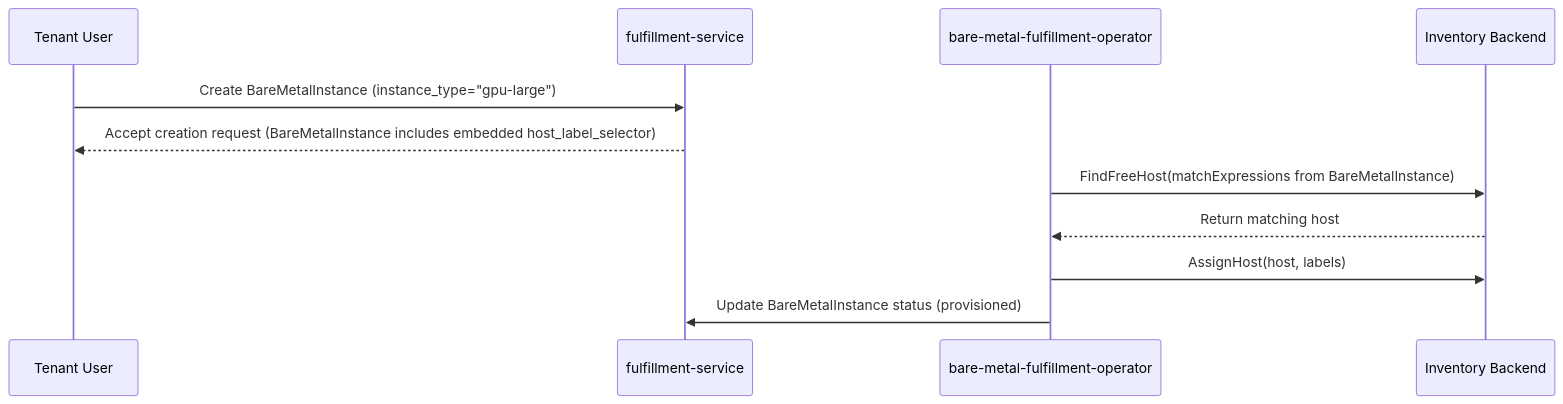
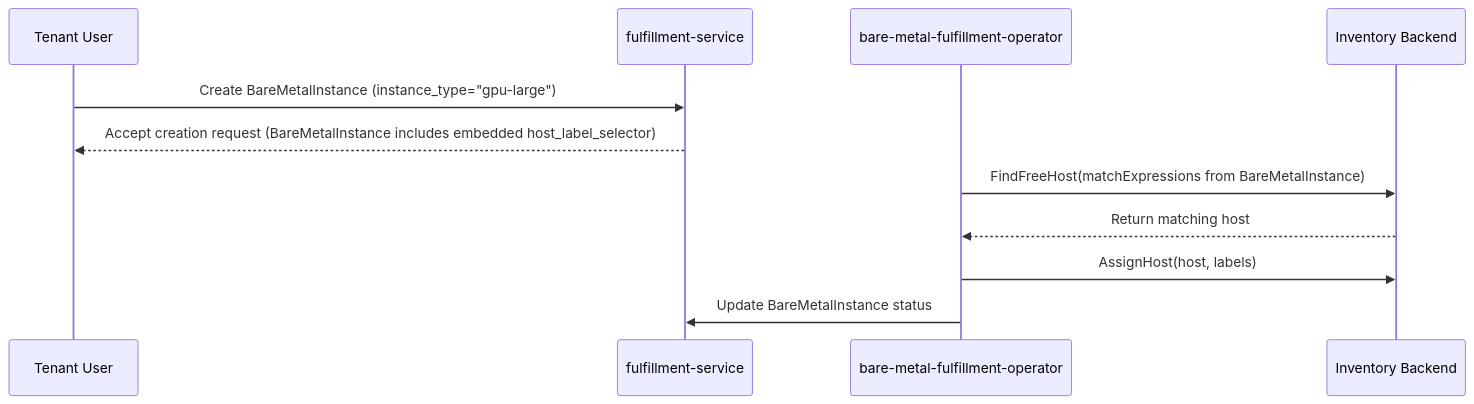
Before and after one commit to osac-project/enhancement-proposals: the second of 2 diagrams in enhancements/OSAC-1201-baremetal-instance-types/design.md, drawn with Mermaid. The commit also changed other lines of this file, not shown here.

First line of the commit message:
OSAC-1201: Define BareMetalLabelSelector to map[string]string conversion

````diff
--- a/enhancements/OSAC-1201-baremetal-instance-types/design.md
+++ b/enhancements/OSAC-1201-baremetal-instance-types/design.md
@@ -85,14 +85,14 @@
 ```mermaid
 sequenceDiagram
     participant Tenant as Tenant User
     participant FS as fulfillment-service
     participant Operator as bare-metal-fulfillment-operator
     participant Inventory as Inventory Backend
 
     Tenant->>FS: Create BareMetalInstance (instance_type="gpu-large")
     FS-->>Tenant: Accept creation request (BareMetalInstance includes embedded host_label_selector)
     Operator->>Inventory: FindFreeHost(matchExpressions from BareMetalInstance)
     Inventory-->>Operator: Return matching host
     Operator->>Inventory: AssignHost(host, labels)
-    Operator->>FS: Update BareMetalInstance status (provisioned)
+    Operator->>FS: Update BareMetalInstance status
 ```
````
